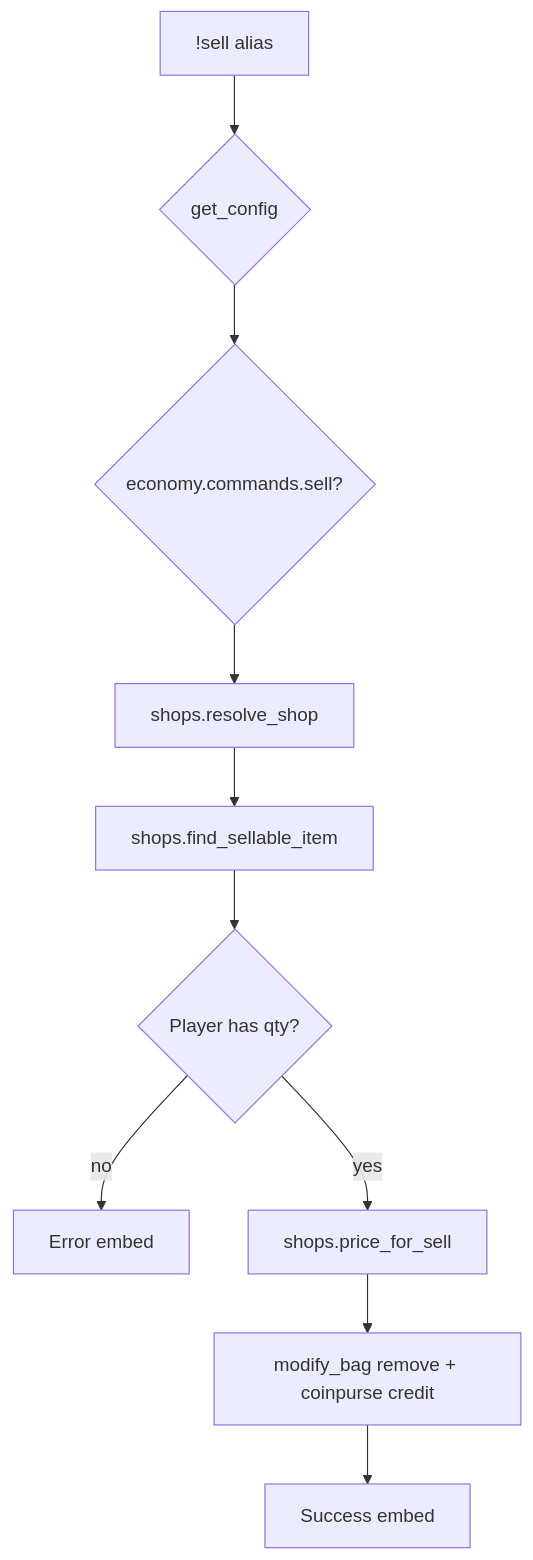
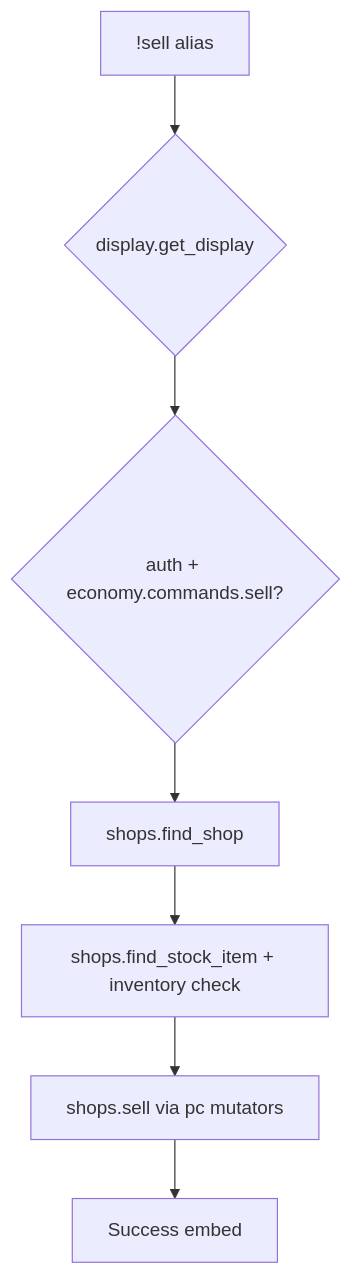
One commit to Sykander/westmarch-generic changed the diagram in docs/internal/projects/westmarch-statement/aliases/economy/sell.md. Above: the diagram before and after it, drawn with Mermaid. The commit also changed other lines of this file and 64 other files, not shown here.

````diff
--- a/docs/internal/projects/westmarch-statement/aliases/economy/sell.md
+++ b/docs/internal/projects/westmarch-statement/aliases/economy/sell.md
@@ -28,12 +28,9 @@
 ```mermaid
 flowchart TD
-  A[!sell alias] --> B{get_config}
-  B --> C{economy.commands.sell?}
-  C --> D[shops.resolve_shop]
-  D --> E[shops.find_sellable_item]
-  E --> F{Player has qty?}
-  F -->|no| G[Error embed]
-  F -->|yes| H[shops.price_for_sell]
-  H --> I[modify_bag remove + coinpurse credit]
-  I --> J[Success embed]
+  A[!sell alias] --> B{display.get_display}
+  B --> C{auth + economy.commands.sell?}
+  C --> D[shops.find_shop]
+  D --> E[shops.find_stock_item + inventory check]
+  E --> F[shops.sell via pc mutators]
+  F --> G[Success embed]
 ```
````
